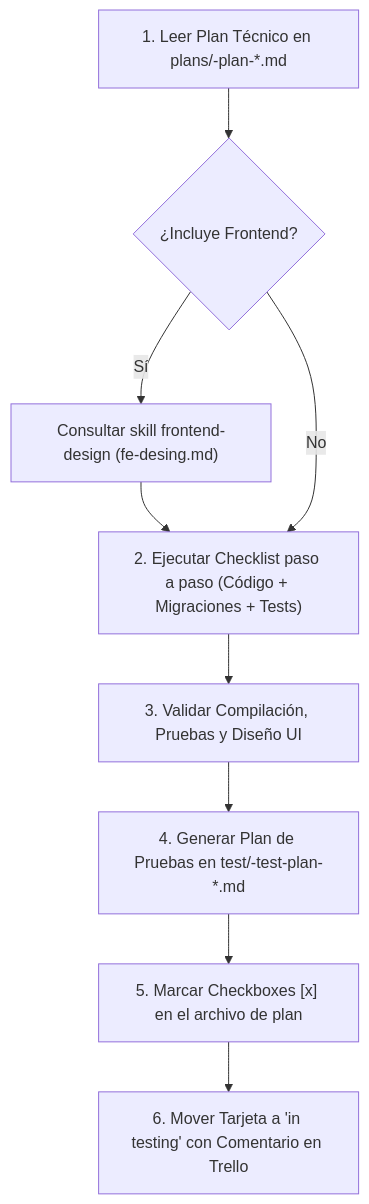
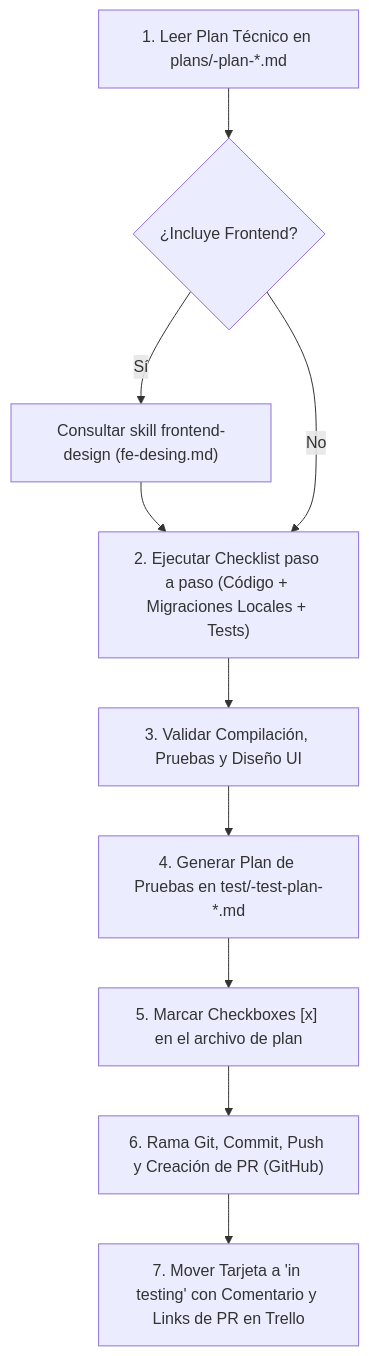
One commit to edgonbr88/Talentus-Scout changed the diagram in .agents/skills/trello-implementer/SKILL.md. Above: the diagram before and after it, drawn with Mermaid. The commit also changed other lines of this file and 1 other file, not shown here.

Commit message:
docs: agregar directivas de no migrar en neon y flujo de ramas/PR a trello_implementer

````diff
--- a/.agents/skills/trello-implementer/SKILL.md
+++ b/.agents/skills/trello-implementer/SKILL.md
@@ -29,16 +29,17 @@
 ```mermaid
 graph TD
     ReadPlan["1. Leer Plan Técnico en plans/<TS-ID>-plan-*.md"]
     CheckFrontend{"¿Incluye Frontend?"}
     ConsultDesign["Consultar skill frontend-design (fe-desing.md)"]
-    ExecChecklist["2. Ejecutar Checklist paso a paso (Código + Migraciones + Tests)"]
+    ExecChecklist["2. Ejecutar Checklist paso a paso (Código + Migraciones Locales + Tests)"]
     VerifyCompile["3. Validar Compilación, Pruebas y Diseño UI"]
     GenTestDoc["4. Generar Plan de Pruebas en test/<TS-ID>-test-plan-*.md"]
     UpdatePlan["5. Marcar Checkboxes [x] en el archivo de plan"]
-    MoveCard["6. Mover Tarjeta a 'in testing' con Comentario en Trello"]
+    GitAndPR["6. Rama Git, Commit, Push y Creación de PR (GitHub)"]
+    MoveCard["7. Mover Tarjeta a 'in testing' con Comentario y Links de PR en Trello"]
 
     ReadPlan --> CheckFrontend
     CheckFrontend -->|"Sí"| ConsultDesign --> ExecChecklist
     CheckFrontend -->|"No"| ExecChecklist
-    ExecChecklist --> VerifyCompile --> GenTestDoc --> UpdatePlan --> MoveCard
+    ExecChecklist --> VerifyCompile --> GenTestDoc --> UpdatePlan --> GitAndPR --> MoveCard
 ```
````
